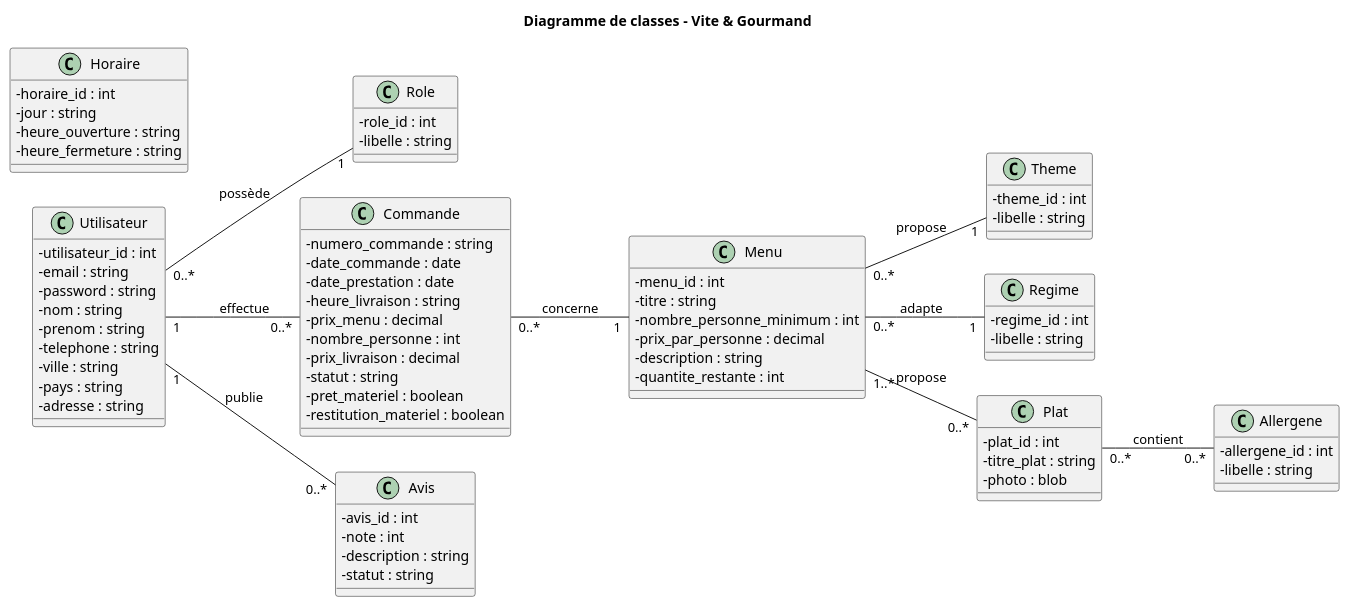
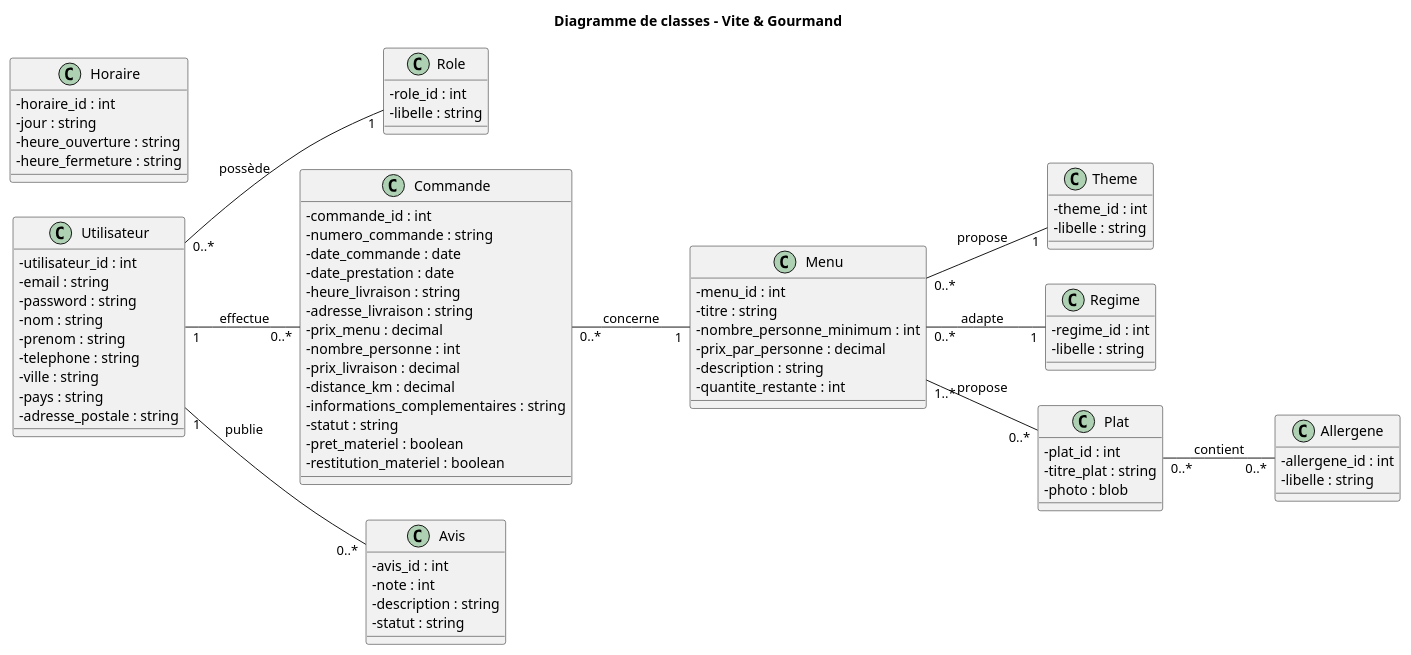
The diagram in docs/diagrammes/diagramme-classes.puml (Meldince6790/vite-et-gourmand), drawn with PlantUML before and after one commit. The commit also changed 26 other files, not shown here.

Commit message:
Finalisation de la documentation et des diagrammes du projet

```diff
--- a/docs/diagrammes/diagramme-classes.puml
+++ b/docs/diagrammes/diagramme-classes.puml
@@ -1,128 +1,132 @@
 @startuml DiagrammeClasses
 
 title Diagramme de classes - Vite & Gourmand
 
 left to right direction
 
 skinparam classAttributeIconSize 0
 
 ' =====================
 ' Utilisateurs
 ' =====================
 
 class Utilisateur {
     - utilisateur_id : int
     - email : string
     - password : string
     - nom : string
     - prenom : string
     - telephone : string
     - ville : string
     - pays : string
-    - adresse : string
+    - adresse_postale : string
 }
 
 class Role {
     - role_id : int
     - libelle : string
 }
 
 Utilisateur "0..*" -- "1" Role : possède
 
 
 ' =====================
 ' Catalogue
 ' =====================
 
 class Menu {
     - menu_id : int
     - titre : string
     - nombre_personne_minimum : int
     - prix_par_personne : decimal
     - description : string
     - quantite_restante : int
 }
 
 class Theme {
     - theme_id : int
     - libelle : string
 }
 
 class Regime {
     - regime_id : int
     - libelle : string
 }
 
 class Plat {
     - plat_id : int
     - titre_plat : string
     - photo : blob
 }
 
 class Allergene {
     - allergene_id : int
     - libelle : string
 }
 
 
 ' =====================
 ' Commandes
 ' =====================
 
 class Commande {
+    - commande_id : int
     - numero_commande : string
     - date_commande : date
     - date_prestation : date
     - heure_livraison : string
+    - adresse_livraison : string
     - prix_menu : decimal
     - nombre_personne : int
     - prix_livraison : decimal
+    - distance_km : decimal
+    - informations_complementaires : string
     - statut : string
     - pret_materiel : boolean
     - restitution_materiel : boolean
 }
 
 
 ' =====================
 ' Avis
 ' =====================
 
 class Avis {
     - avis_id : int
     - note : int
     - description : string
     - statut : string
 }
 
 
 ' =====================
 ' Horaire
 ' =====================
 
 class Horaire {
     - horaire_id : int
     - jour : string
     - heure_ouverture : string
     - heure_fermeture : string
 }
 
 
 ' =====================
 ' Associations
 ' =====================
 
 Utilisateur "1" -- "0..*" Commande : effectue
 
 Commande "0..*" -- "1" Menu : concerne
 
 Utilisateur "1" -- "0..*" Avis : publie
 
 Menu "0..*" -- "1" Theme : propose
 
 Menu "0..*" -- "1" Regime : adapte
 
 Menu "1..*" -- "0..*" Plat : propose
 
 Plat "0..*" -- "0..*" Allergene : contient
 
 @enduml
```
